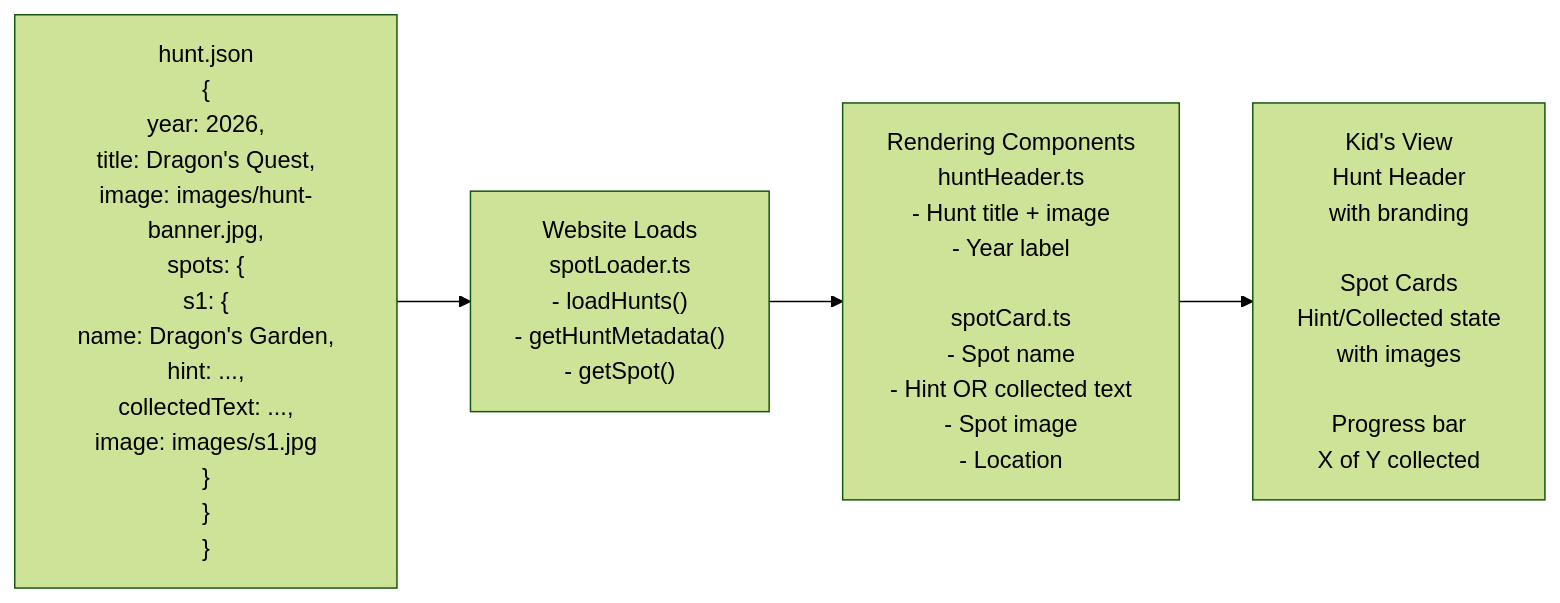
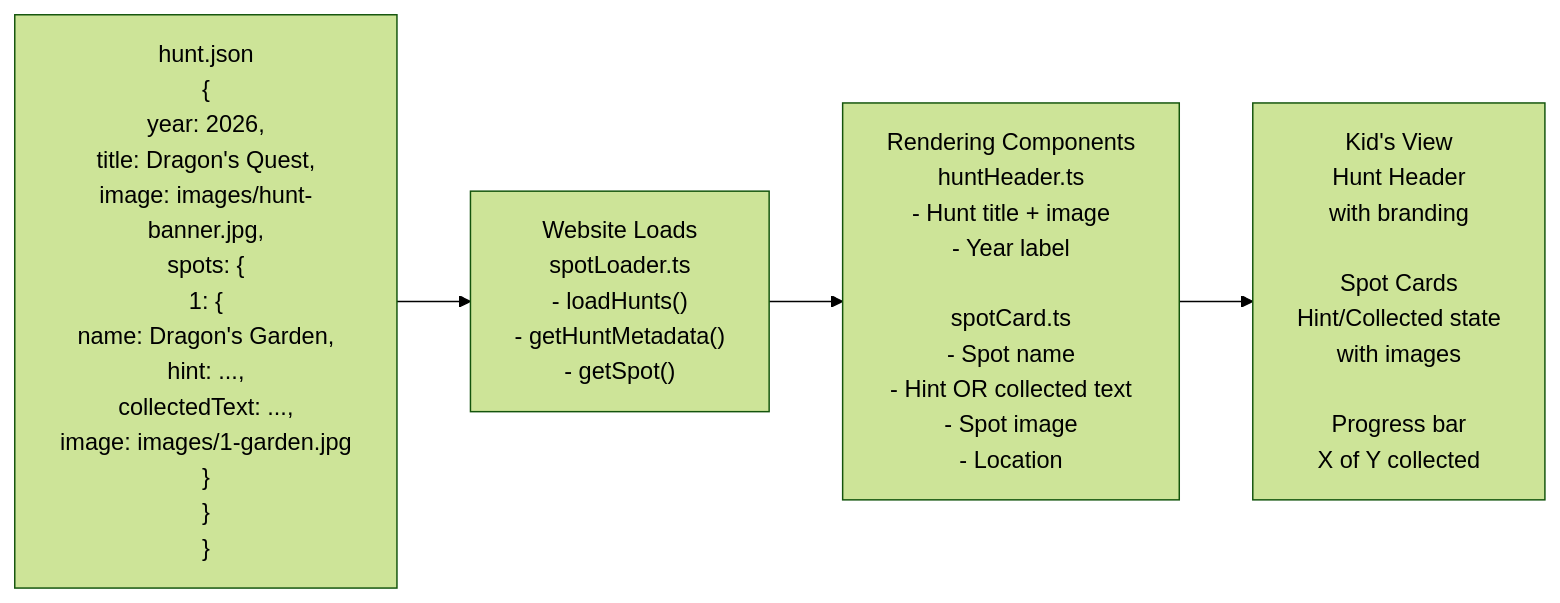
The fifth of 12 diagrams in docs/schematics.md (bnm12/magic-treasure-hunt-infra), drawn with Mermaid (forest theme) before and after one commit. The commit also changed other lines of this file and 9 other files, not shown here.

Commit message:
Schema updates

````diff
--- a/docs/schematics.md
+++ b/docs/schematics.md
@@ -111,14 +111,14 @@
 ```mermaid
 graph LR
-  JSON["hunt.json<br/>{<br/>year: 2026,<br/>title: Dragon's Quest,<br/>image: images/hunt-banner.jpg,<br/>spots: {<br/>s1: {<br/>name: Dragon's Garden,<br/>hint: ...,<br/>collectedText: ...,<br/>image: images/s1.jpg<br/>}<br/>}<br/>}"]
+  JSON["hunt.json<br/>{<br/>year: 2026,<br/>title: Dragon's Quest,<br/>image: images/hunt-banner.jpg,<br/>spots: {<br/>1: {<br/>name: Dragon's Garden,<br/>hint: ...,<br/>collectedText: ...,<br/>image: images/1-garden.jpg<br/>}<br/>}<br/>}"]
 
   Parser["Website Loads<br/>spotLoader.ts<br/>- loadHunts()<br/>- getHuntMetadata()<br/>- getSpot()"]
 
   Render["Rendering Components<br/>huntHeader.ts<br/>- Hunt title + image<br/>- Year label<br/><br/>spotCard.ts<br/>- Spot name<br/>- Hint OR collected text<br/>- Spot image<br/>- Location"]
 
   Display["Kid's View<br/>Hunt Header<br/>with branding<br/><br/>Spot Cards<br/>Hint/Collected state<br/>with images<br/><br/>Progress bar<br/>X of Y collected"]
 
   JSON --> Parser
   Parser --> Render
   Render --> Display
 ```
````
